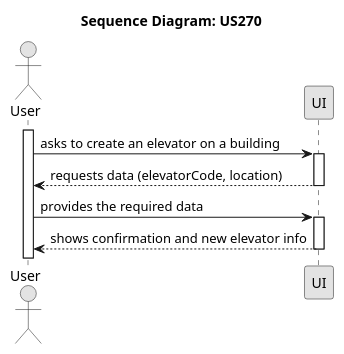
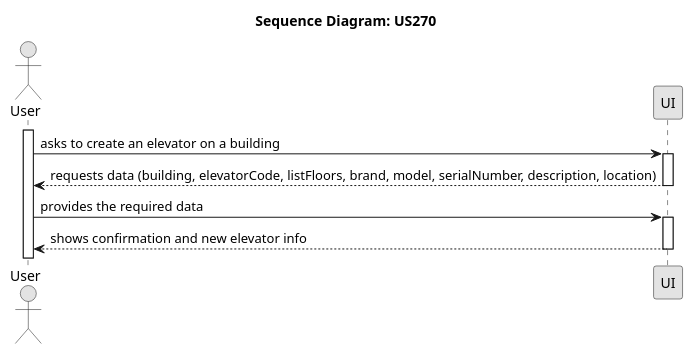
One commit to 1211134PedroViana/SEM_PI_23-24_G14 changed the diagram in documentation/sprintA/us270/Level 1/US270.puml. Above: the diagram before and after it, drawn with PlantUML. The commit also changed 5 other files, not shown here.

```diff
--- a/documentation/sprintA/us270/Level 1/US270.puml
+++ b/documentation/sprintA/us270/Level 1/US270.puml
@@ -1,22 +1,22 @@
 @startuml
 skinparam Monochrome true
 skinparam PackageStyle rectangle
 skinparam Shadowing false
 
 title Sequence Diagram: US270
 
 actor "User" as User
 participant "UI" as UI
 
 activate User
 
 User -> UI : asks to create an elevator on a building
 activate UI
-UI --> User : requests data (elevatorCode, location) 
+UI --> User : requests data (building, elevatorCode, listFloors, brand, model, serialNumber, description, location)
 deactivate UI
 User -> UI : provides the required data
 activate UI
 UI --> User : shows confirmation and new elevator info
 deactivate UI
 
 @enduml
```
